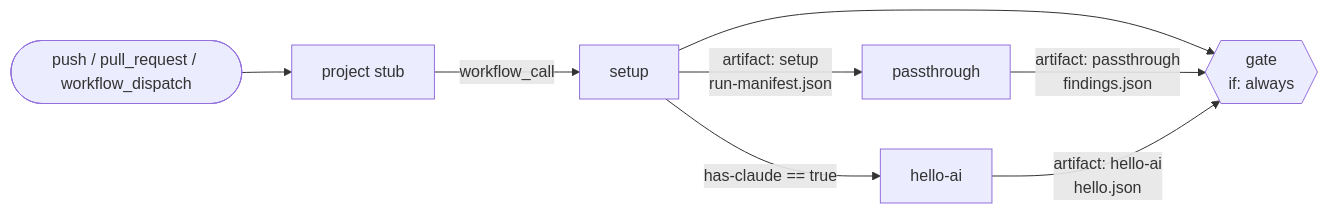
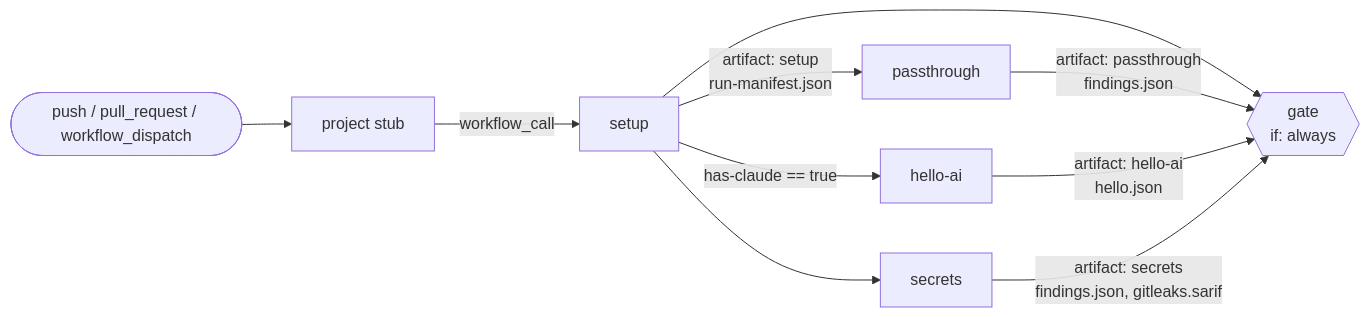
Before and after one commit to AakashDadhich/security-factory: the diagram in docs/pipeline.md, drawn with Mermaid. The commit also changed other lines of this file, not shown here.

Commit message:
docs: describe the secrets stage

````diff
--- a/docs/pipeline.md
+++ b/docs/pipeline.md
@@ -11,11 +11,13 @@
 ```mermaid
 flowchart LR
     push([push / pull_request / workflow_dispatch]) --> stub[project stub]
     stub -->|workflow_call| setup
     setup -->|artifact: setup<br/>run-manifest.json| passthrough
     setup -->|has-claude == true| helloai[hello-ai]
+    setup --> secrets
     setup --> gate
     passthrough -->|artifact: passthrough<br/>findings.json| gate
     helloai -->|artifact: hello-ai<br/>hello.json| gate
+    secrets -->|artifact: secrets<br/>findings.json, gitleaks.sarif| gate
     gate{{gate<br/>if: always}}
 ```
````
